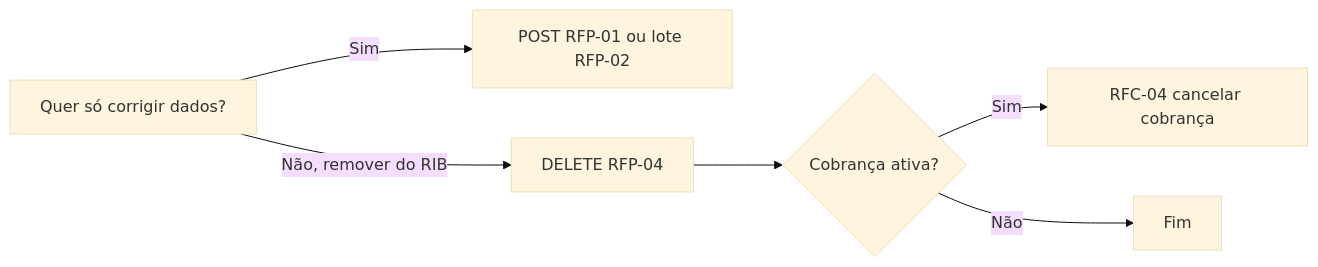
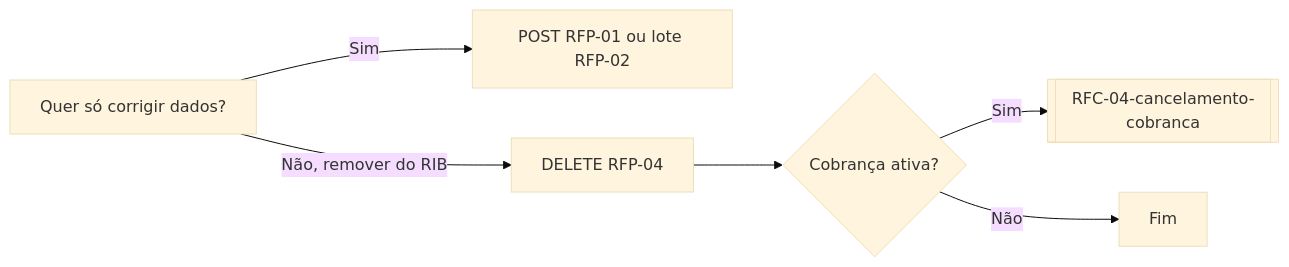
One commit to Ioshuasl/obsidian-vault changed the diagram in Orius/integracoes/registro-imoveis/acompanhamento-registral/RFP-04-exclusao-protocolo.md. Above: the diagram before and after it, drawn with Mermaid (base theme). The commit also changed other lines of this file and 10 other files, not shown here.

````diff
--- a/Orius/integracoes/registro-imoveis/acompanhamento-registral/RFP-04-exclusao-protocolo.md
+++ b/Orius/integracoes/registro-imoveis/acompanhamento-registral/RFP-04-exclusao-protocolo.md
@@ -103,8 +103,8 @@
 ```mermaid
 flowchart LR
   A[Quer só corrigir dados?] -->|Sim| B[POST RFP-01 ou lote RFP-02]
   A -->|Não, remover do RIB| C[DELETE RFP-04]
   C --> D{Cobrança ativa?}
-  D -->|Sim| E[RFC-04 cancelar cobrança]
+  D -->|Sim| E[[RFC-04-cancelamento-cobranca]]
   D -->|Não| F[Fim]
 ```
````
